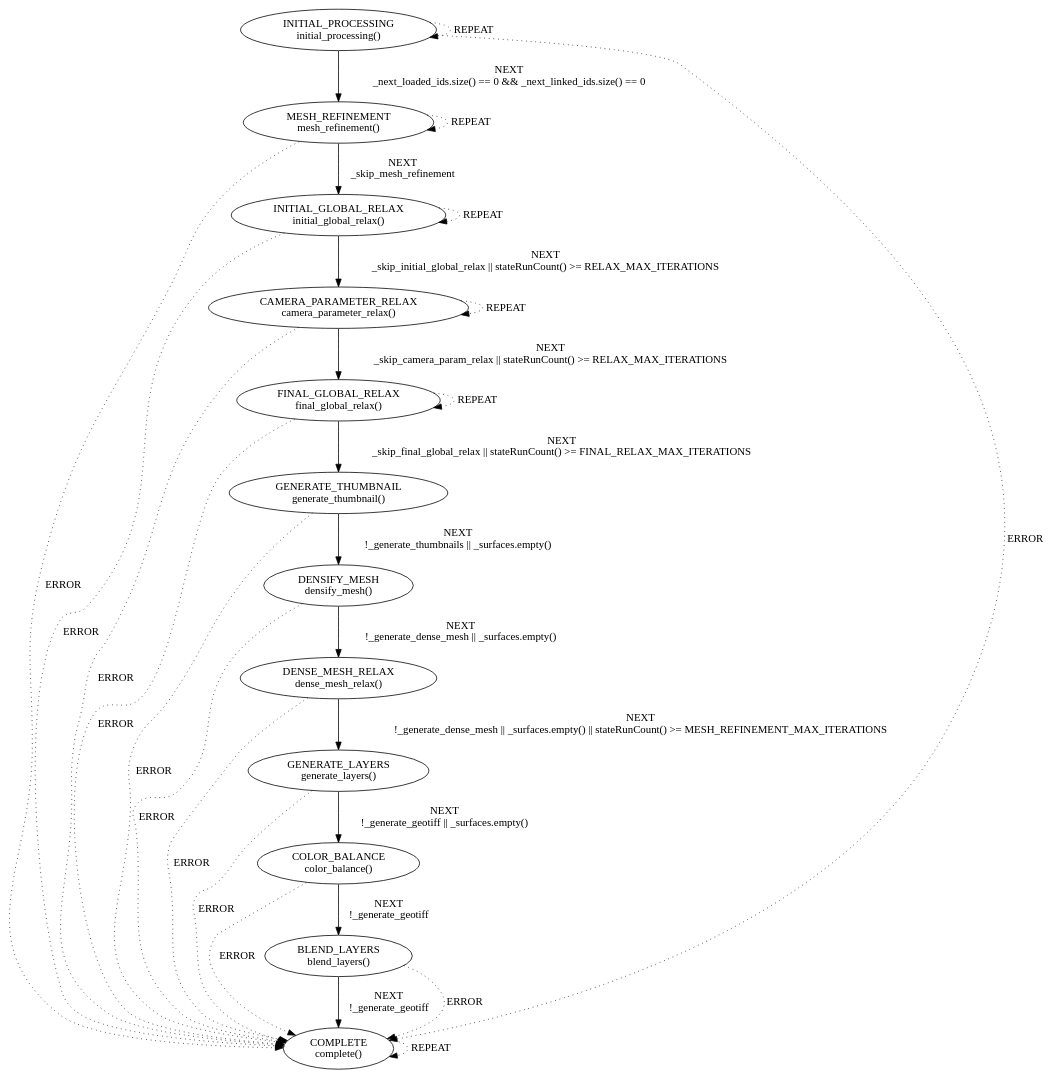
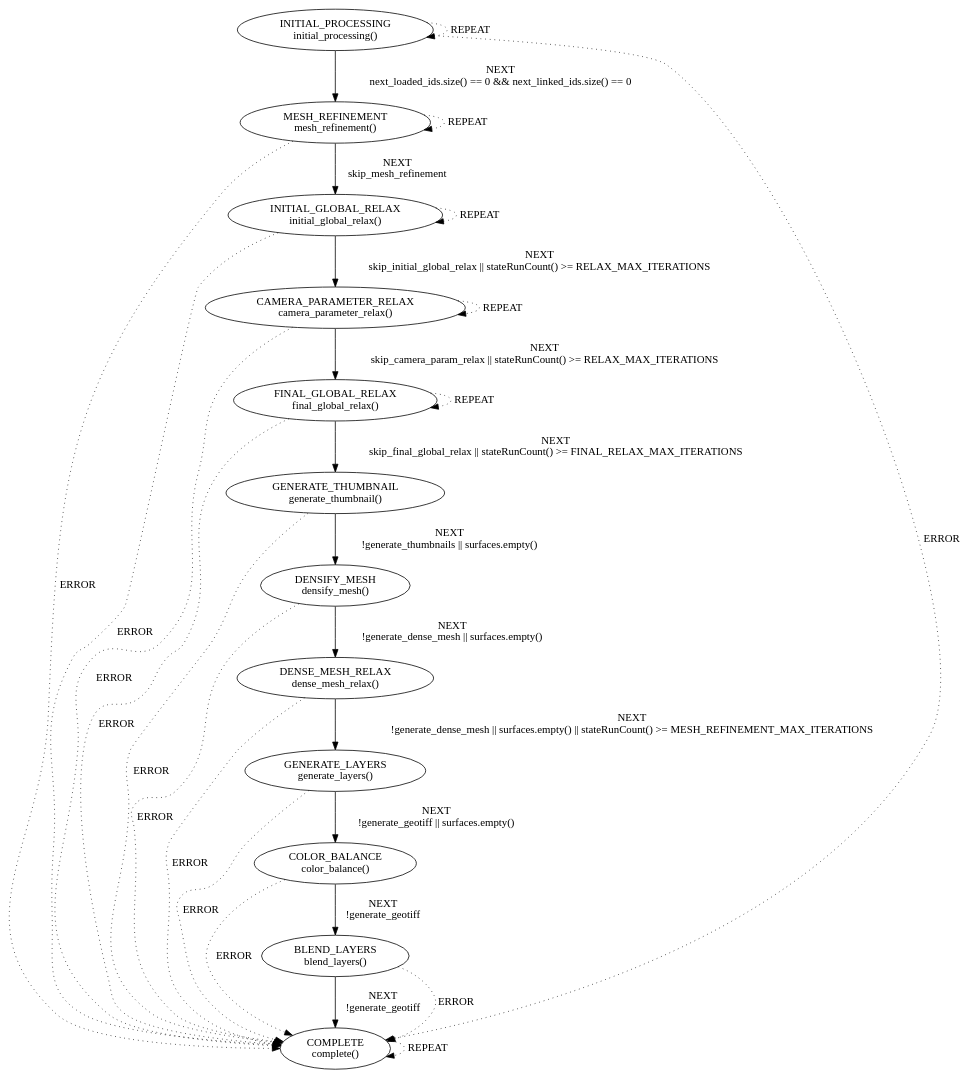
One commit to jkflying/opencalibration changed the diagram in src/pipeline/pipeline.cpp.dot. Above: the diagram before and after it, drawn with Graphviz. The commit also changed 17 other files, not shown here.

```diff
--- a/src/pipeline/pipeline.cpp.dot
+++ b/src/pipeline/pipeline.cpp.dot
@@ -1,30 +1,30 @@
 digraph {
-    "INITIAL_PROCESSING\ninitial_processing()" -> "MESH_REFINEMENT\nmesh_refinement()" [label="NEXT\n_next_loaded_ids.size() == 0 && _next_linked_ids.size() == 0", style="solid", weight=1]
+    "INITIAL_PROCESSING\ninitial_processing()" -> "MESH_REFINEMENT\nmesh_refinement()" [label="NEXT\nnext_loaded_ids.size() == 0 && next_linked_ids.size() == 0", style="solid", weight=1]
     "INITIAL_PROCESSING\ninitial_processing()" -> "COMPLETE\ncomplete()" [label="ERROR", style="dotted", weight=0.1]
-    "MESH_REFINEMENT\nmesh_refinement()" -> "INITIAL_GLOBAL_RELAX\ninitial_global_relax()" [label="NEXT\n_skip_mesh_refinement", style="solid", weight=1]
+    "MESH_REFINEMENT\nmesh_refinement()" -> "INITIAL_GLOBAL_RELAX\ninitial_global_relax()" [label="NEXT\nskip_mesh_refinement", style="solid", weight=1]
     "MESH_REFINEMENT\nmesh_refinement()" -> "COMPLETE\ncomplete()" [label="ERROR", style="dotted", weight=0.1]
-    "INITIAL_GLOBAL_RELAX\ninitial_global_relax()" -> "CAMERA_PARAMETER_RELAX\ncamera_parameter_relax()" [label="NEXT\n_skip_initial_global_relax || stateRunCount() >= RELAX_MAX_ITERATIONS", style="solid", weight=1]
+    "INITIAL_GLOBAL_RELAX\ninitial_global_relax()" -> "CAMERA_PARAMETER_RELAX\ncamera_parameter_relax()" [label="NEXT\nskip_initial_global_relax || stateRunCount() >= RELAX_MAX_ITERATIONS", style="solid", weight=1]
     "INITIAL_GLOBAL_RELAX\ninitial_global_relax()" -> "COMPLETE\ncomplete()" [label="ERROR", style="dotted", weight=0.1]
-    "CAMERA_PARAMETER_RELAX\ncamera_parameter_relax()" -> "FINAL_GLOBAL_RELAX\nfinal_global_relax()" [label="NEXT\n_skip_camera_param_relax || stateRunCount() >= RELAX_MAX_ITERATIONS", style="solid", weight=1]
+    "CAMERA_PARAMETER_RELAX\ncamera_parameter_relax()" -> "FINAL_GLOBAL_RELAX\nfinal_global_relax()" [label="NEXT\nskip_camera_param_relax || stateRunCount() >= RELAX_MAX_ITERATIONS", style="solid", weight=1]
     "CAMERA_PARAMETER_RELAX\ncamera_parameter_relax()" -> "COMPLETE\ncomplete()" [label="ERROR", style="dotted", weight=0.1]
-    "FINAL_GLOBAL_RELAX\nfinal_global_relax()" -> "GENERATE_THUMBNAIL\ngenerate_thumbnail()" [label="NEXT\n_skip_final_global_relax || stateRunCount() >= FINAL_RELAX_MAX_ITERATIONS", style="solid", weight=1]
+    "FINAL_GLOBAL_RELAX\nfinal_global_relax()" -> "GENERATE_THUMBNAIL\ngenerate_thumbnail()" [label="NEXT\nskip_final_global_relax || stateRunCount() >= FINAL_RELAX_MAX_ITERATIONS", style="solid", weight=1]
     "FINAL_GLOBAL_RELAX\nfinal_global_relax()" -> "COMPLETE\ncomplete()" [label="ERROR", style="dotted", weight=0.1]
-    "GENERATE_THUMBNAIL\ngenerate_thumbnail()" -> "DENSIFY_MESH\ndensify_mesh()" [label="NEXT\n!_generate_thumbnails || _surfaces.empty()", style="solid", weight=1]
+    "GENERATE_THUMBNAIL\ngenerate_thumbnail()" -> "DENSIFY_MESH\ndensify_mesh()" [label="NEXT\n!generate_thumbnails || surfaces.empty()", style="solid", weight=1]
     "GENERATE_THUMBNAIL\ngenerate_thumbnail()" -> "COMPLETE\ncomplete()" [label="ERROR", style="dotted", weight=0.1]
-    "DENSIFY_MESH\ndensify_mesh()" -> "DENSE_MESH_RELAX\ndense_mesh_relax()" [label="NEXT\n!_generate_dense_mesh || _surfaces.empty()", style="solid", weight=1]
+    "DENSIFY_MESH\ndensify_mesh()" -> "DENSE_MESH_RELAX\ndense_mesh_relax()" [label="NEXT\n!generate_dense_mesh || surfaces.empty()", style="solid", weight=1]
     "DENSIFY_MESH\ndensify_mesh()" -> "COMPLETE\ncomplete()" [label="ERROR", style="dotted", weight=0.1]
-    "DENSE_MESH_RELAX\ndense_mesh_relax()" -> "GENERATE_LAYERS\ngenerate_layers()" [label="NEXT\n!_generate_dense_mesh || _surfaces.empty() || stateRunCount() >= MESH_REFINEMENT_MAX_ITERATIONS", style="solid", weight=1]
+    "DENSE_MESH_RELAX\ndense_mesh_relax()" -> "GENERATE_LAYERS\ngenerate_layers()" [label="NEXT\n!generate_dense_mesh || surfaces.empty() || stateRunCount() >= MESH_REFINEMENT_MAX_ITERATIONS", style="solid", weight=1]
     "DENSE_MESH_RELAX\ndense_mesh_relax()" -> "COMPLETE\ncomplete()" [label="ERROR", style="dotted", weight=0.1]
-    "GENERATE_LAYERS\ngenerate_layers()" -> "COLOR_BALANCE\ncolor_balance()" [label="NEXT\n!_generate_geotiff || _surfaces.empty()", style="solid", weight=1]
+    "GENERATE_LAYERS\ngenerate_layers()" -> "COLOR_BALANCE\ncolor_balance()" [label="NEXT\n!generate_geotiff || surfaces.empty()", style="solid", weight=1]
     "GENERATE_LAYERS\ngenerate_layers()" -> "COMPLETE\ncomplete()" [label="ERROR", style="dotted", weight=0.1]
-    "COLOR_BALANCE\ncolor_balance()" -> "BLEND_LAYERS\nblend_layers()" [label="NEXT\n!_generate_geotiff", style="solid", weight=1]
+    "COLOR_BALANCE\ncolor_balance()" -> "BLEND_LAYERS\nblend_layers()" [label="NEXT\n!generate_geotiff", style="solid", weight=1]
     "COLOR_BALANCE\ncolor_balance()" -> "COMPLETE\ncomplete()" [label="ERROR", style="dotted", weight=0.1]
-    "BLEND_LAYERS\nblend_layers()" -> "COMPLETE\ncomplete()" [label="NEXT\n!_generate_geotiff", style="solid", weight=1]
+    "BLEND_LAYERS\nblend_layers()" -> "COMPLETE\ncomplete()" [label="NEXT\n!generate_geotiff", style="solid", weight=1]
     "BLEND_LAYERS\nblend_layers()" -> "COMPLETE\ncomplete()" [label="ERROR", style="dotted", weight=0.1]
     "INITIAL_PROCESSING\ninitial_processing()" -> "INITIAL_PROCESSING\ninitial_processing()" [label="REPEAT", style="dotted", weight=0.1]
     "INITIAL_GLOBAL_RELAX\ninitial_global_relax()" -> "INITIAL_GLOBAL_RELAX\ninitial_global_relax()" [label="REPEAT", style="dotted", weight=0.1]
     "CAMERA_PARAMETER_RELAX\ncamera_parameter_relax()" -> "CAMERA_PARAMETER_RELAX\ncamera_parameter_relax()" [label="REPEAT", style="dotted", weight=0.1]
     "FINAL_GLOBAL_RELAX\nfinal_global_relax()" -> "FINAL_GLOBAL_RELAX\nfinal_global_relax()" [label="REPEAT", style="dotted", weight=0.1]
     "MESH_REFINEMENT\nmesh_refinement()" -> "MESH_REFINEMENT\nmesh_refinement()" [label="REPEAT", style="dotted", weight=0.1]
     "COMPLETE\ncomplete()" -> "COMPLETE\ncomplete()" [label="REPEAT", style="dotted", weight=0.1]
 }
```
